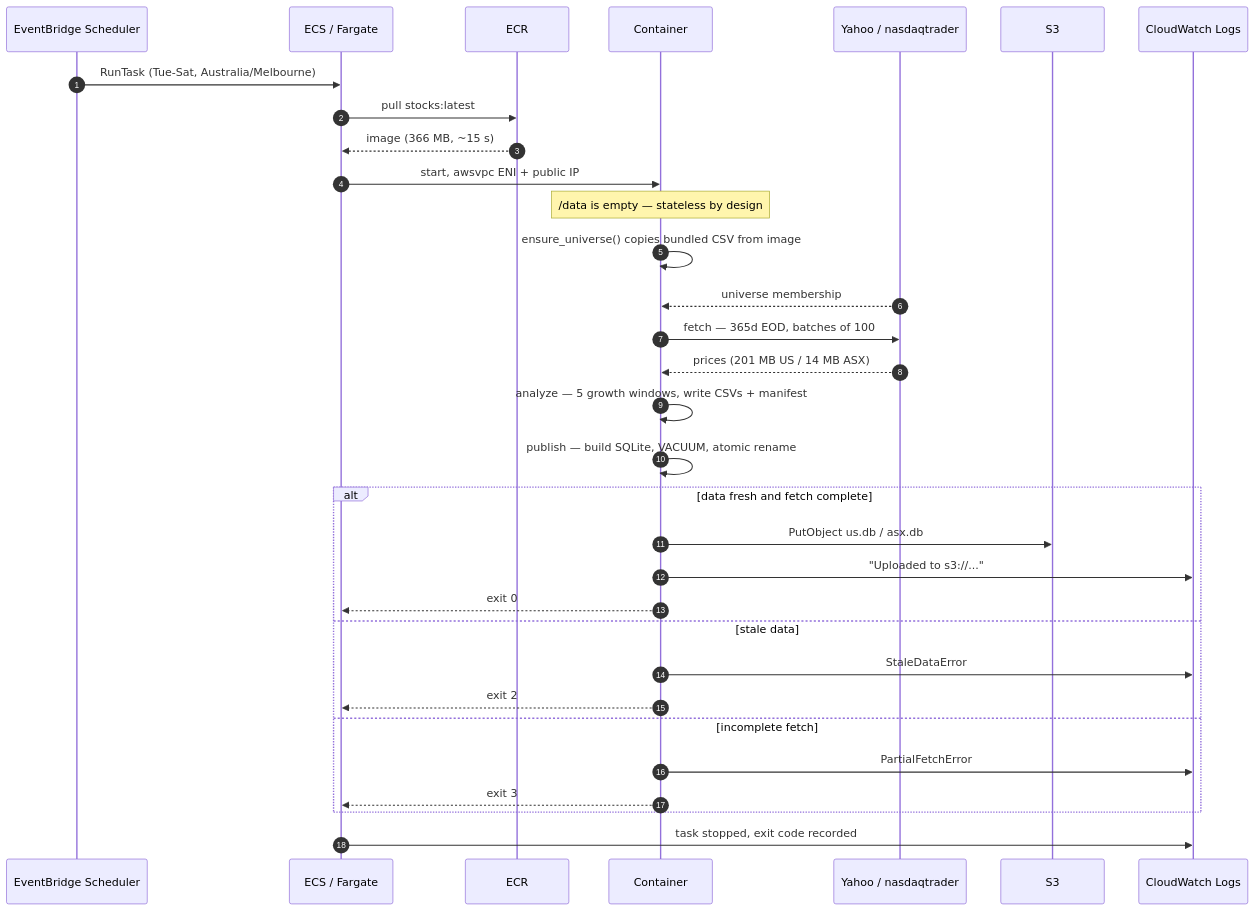
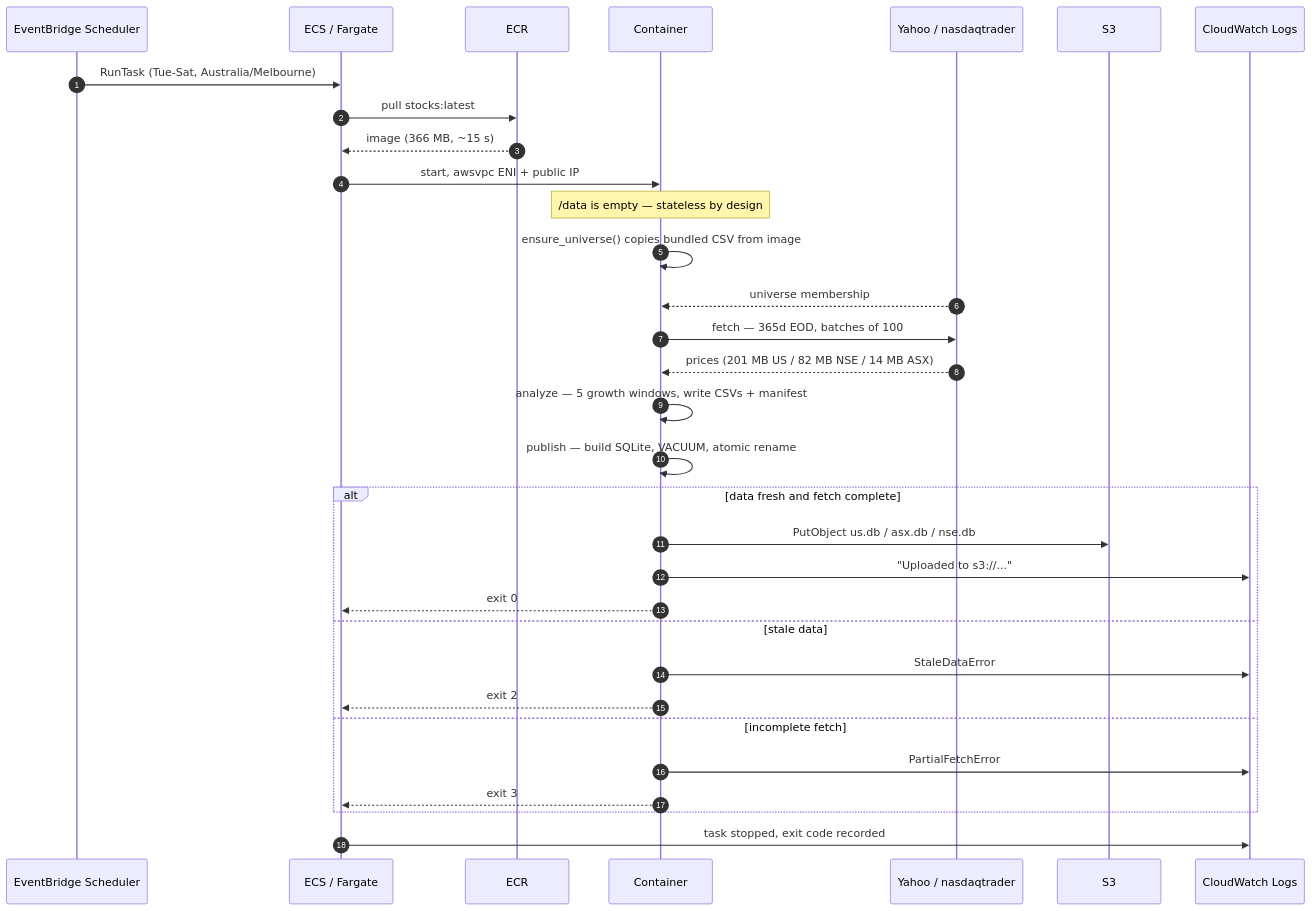
One commit to ryandam9/Stocks changed the third of 5 diagrams in docs/AWS_DEPLOYMENT_SPEC.md. Above: the diagram before and after it, drawn with Mermaid. The commit also changed other lines of this file and 8 other files, not shown here.

````diff
--- a/docs/AWS_DEPLOYMENT_SPEC.md
+++ b/docs/AWS_DEPLOYMENT_SPEC.md
@@ -455,39 +509,39 @@
 ```mermaid
 sequenceDiagram
     autonumber
     participant S as EventBridge Scheduler
     participant E as ECS / Fargate
     participant R as ECR
     participant C as Container
     participant Y as Yahoo / nasdaqtrader
     participant B as S3
     participant L as CloudWatch Logs
 
     S->>E: RunTask (Tue-Sat, Australia/Melbourne)
     E->>R: pull stocks:latest
     R-->>E: image (366 MB, ~15 s)
     E->>C: start, awsvpc ENI + public IP
 
     Note over C: /data is empty — stateless by design
     C->>C: ensure_universe() copies bundled CSV from image
 
     Y-->>C: universe membership
     C->>Y: fetch — 365d EOD, batches of 100
-    Y-->>C: prices (201 MB US / 14 MB ASX)
+    Y-->>C: prices (201 MB US / 82 MB NSE / 14 MB ASX)
     C->>C: analyze — 5 growth windows, write CSVs + manifest
     C->>C: publish — build SQLite, VACUUM, atomic rename
 
     alt data fresh and fetch complete
-        C->>B: PutObject us.db / asx.db
+        C->>B: PutObject us.db / asx.db / nse.db
         C->>L: "Uploaded to s3://..."
         C-->>E: exit 0
     else stale data
         C->>L: StaleDataError
         C-->>E: exit 2
     else incomplete fetch
         C->>L: PartialFetchError
         C-->>E: exit 3
     end
 
     E->>L: task stopped, exit code recorded
 ```
````
